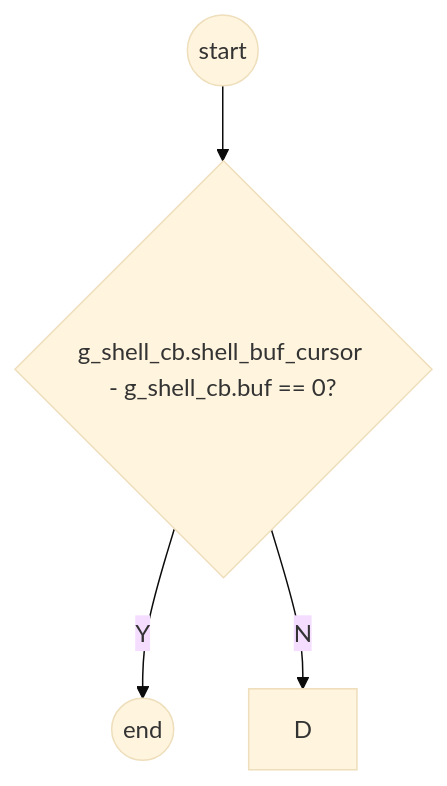
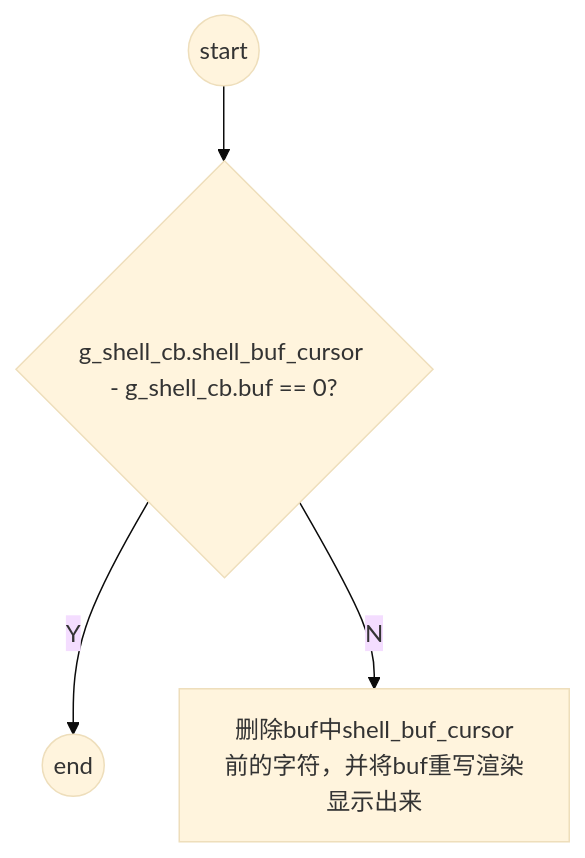
One commit to chenyuxiangg/osz changed the third of 8 diagrams in doc/kernel_doc/shell/7-Shell算法与流程设计.md. Above: the diagram before and after it, drawn with Mermaid (base theme). The commit also changed other lines of this file and 2 other files, not shown here.

````diff
--- a/doc/kernel_doc/shell/7-Shell算法与流程设计.md
+++ b/doc/kernel_doc/shell/7-Shell算法与流程设计.md
@@ -168,6 +178,6 @@
 ```mermaid
 graph TD
 A((start)) --> B{g_shell_cb.shell_buf_cursor - g_shell_cb.buf == 0?}
 B -->|Y| C((end))
-B -->|N| D
+B -->|N| D[删除buf中shell_buf_cursor前的字符，并将buf重写渲染显示出来]
 ```
````
